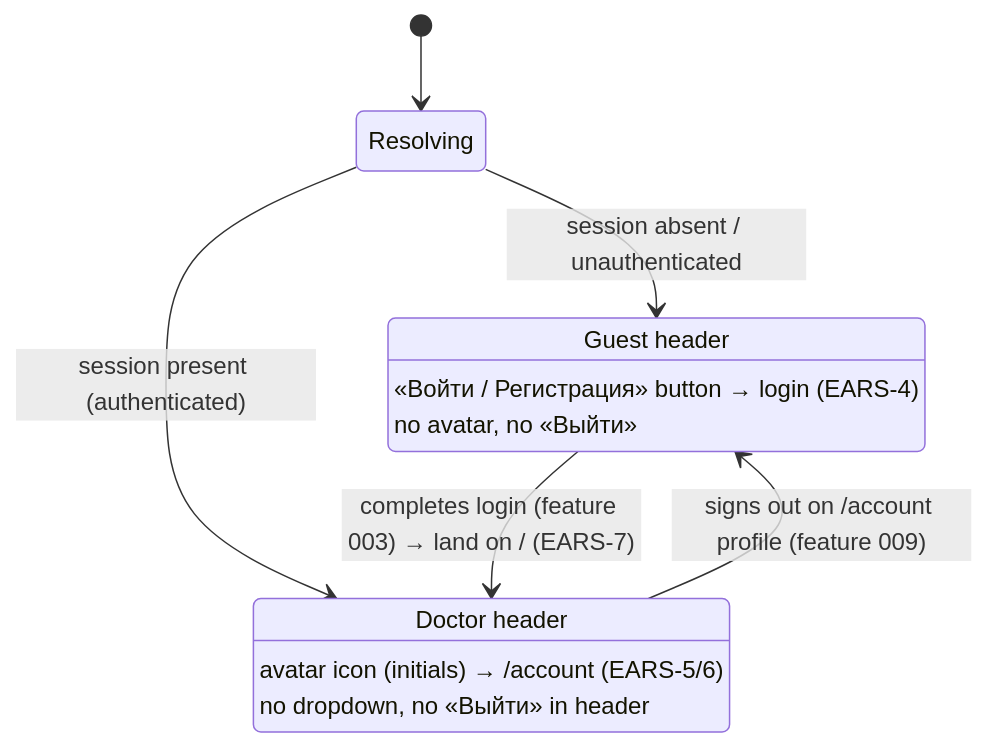
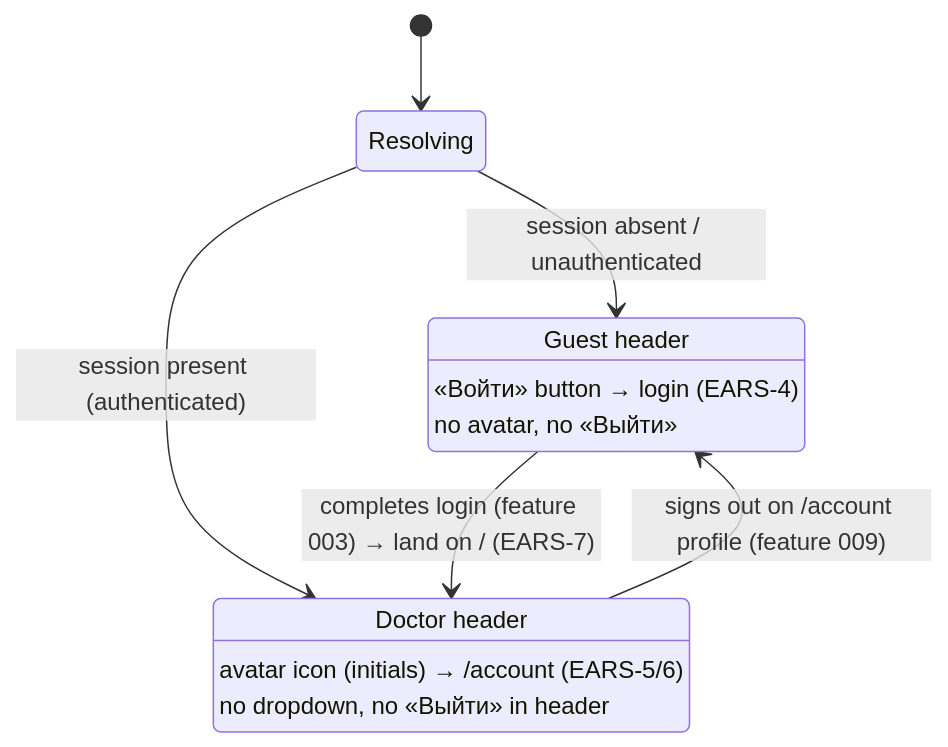
One commit to doctor-school/ds-platform changed the third of 4 diagrams in apps/docs/content/specs/features/008-portal-shell/008-design.md. Above: the diagram before and after it, drawn with Mermaid. The commit also changed other lines of this file and 9 other files, not shown here.

````diff
--- a/apps/docs/content/specs/features/008-portal-shell/008-design.md
+++ b/apps/docs/content/specs/features/008-portal-shell/008-design.md
@@ -72,17 +76,17 @@
 ```mermaid
 stateDiagram-v2
   [*] --> Resolving
   Resolving --> Guest: session absent / unauthenticated
   Resolving --> Doctor: session present (authenticated)
 
   Guest: Guest header
-  Guest: «Войти / Регистрация» button → login (EARS-4)
+  Guest: «Войти» button → login (EARS-4)
   Guest: no avatar, no «Выйти»
 
   Doctor: Doctor header
   Doctor: avatar icon (initials) → /account (EARS-5/6)
   Doctor: no dropdown, no «Выйти» in header
 
   Guest --> Doctor: completes login (feature 003) → land on / (EARS-7)
   Doctor --> Guest: signs out on /account profile (feature 009)
 ```
````
